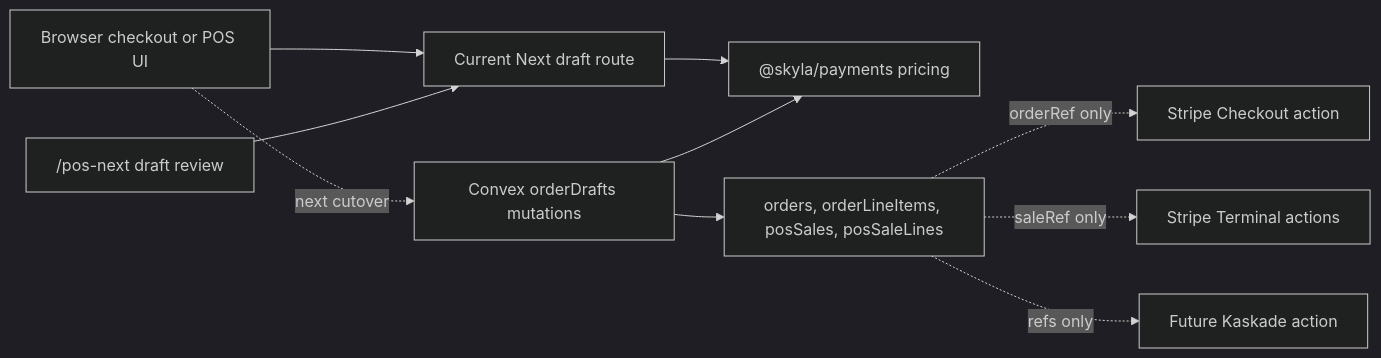
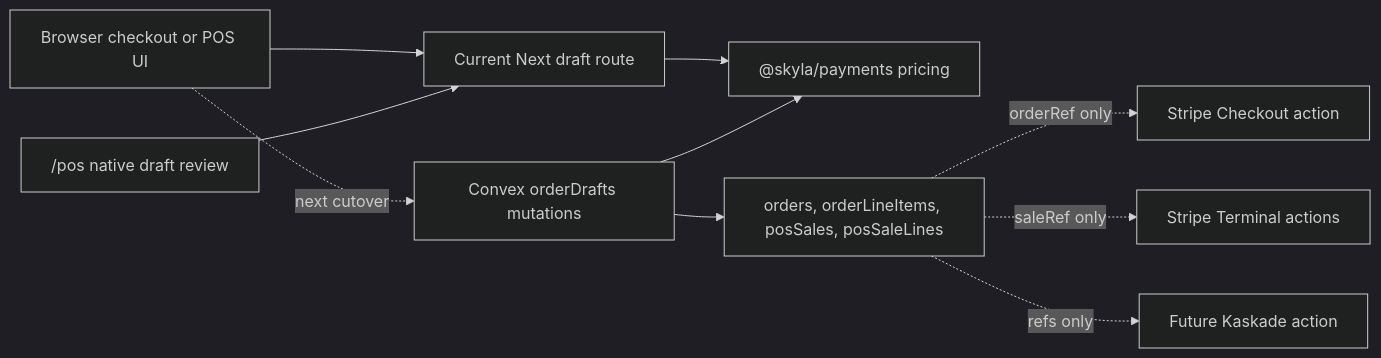
One commit to junyengit/skyla changed the diagram in docs/runbooks/convex-order-spine.md. Above: the diagram before and after it, drawn with Mermaid (dark theme). The commit also changed other lines of this file and 33 other files, not shown here.

Commit message:
Cut over POS route to native shell

````diff
--- a/docs/runbooks/convex-order-spine.md
+++ b/docs/runbooks/convex-order-spine.md
@@ -45,21 +47,21 @@
 ```mermaid
 flowchart LR
   browser["Browser checkout or POS UI"]
   nextRoute["Current Next draft route"]
-  posNext["/pos-next draft review"]
+  posNext["/pos native draft review"]
   pricing["@skyla/payments pricing"]
   convexMutation["Convex orderDrafts mutations"]
   convexTables["orders, orderLineItems, posSales, posSaleLines"]
   stripe["Stripe Checkout action"]
   terminal["Stripe Terminal actions"]
   futureProviders["Future Kaskade action"]
 
   browser --> nextRoute --> pricing
   posNext --> nextRoute
   browser -. next cutover .-> convexMutation
   convexMutation --> pricing
   convexMutation --> convexTables
   convexTables -. orderRef only .-> stripe
   convexTables -. saleRef only .-> terminal
   convexTables -. refs only .-> futureProviders
 ```
````
